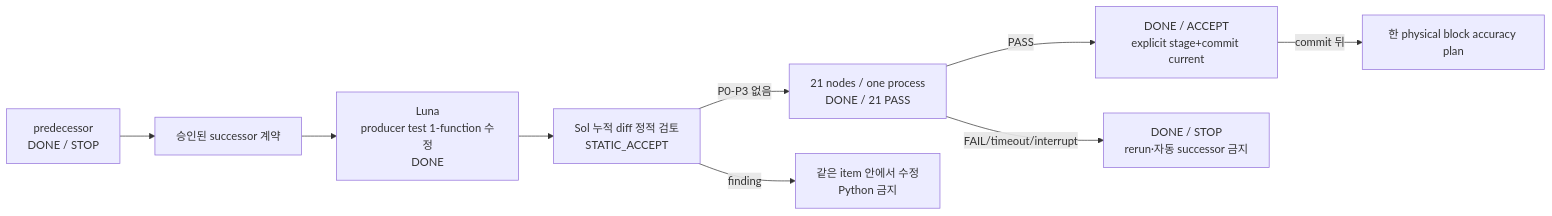
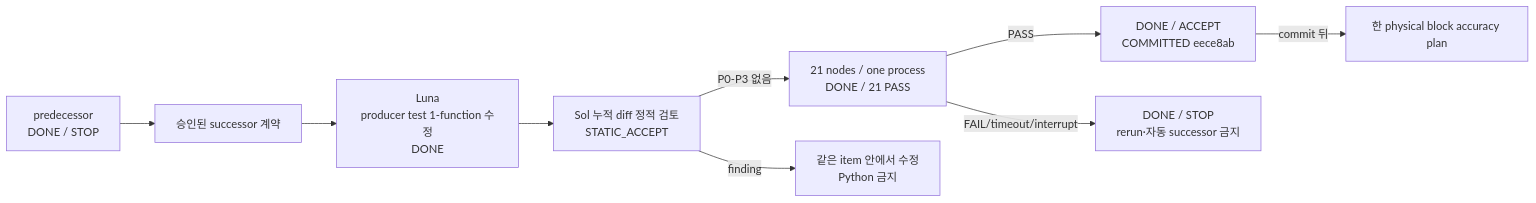
One commit to yunhyok/spd-decap-pi-evaluator changed the diagram in docs/WORK_EXECUTION_BASELINE.md. Above: the diagram before and after it, drawn with Mermaid. The commit also changed other lines of this file and 2 other files, not shown here.

````diff
--- a/docs/WORK_EXECUTION_BASELINE.md
+++ b/docs/WORK_EXECUTION_BASELINE.md
@@ -27,11 +29,11 @@
 ```mermaid
 flowchart LR
     P["predecessor<br/>DONE / STOP"] --> C["승인된 successor 계약"]
     C --> L["Luna<br/>producer test 1-function 수정<br/>DONE"]
     L --> S["Sol 누적 diff 정적 검토<br/>STATIC_ACCEPT"]
     S -->|P0-P3 없음| T["21 nodes / one process<br/>DONE / 21 PASS"]
     S -->|finding| F["같은 item 안에서 수정<br/>Python 금지"]
-    T -->|PASS| A["DONE / ACCEPT<br/>explicit stage+commit current"]
+    T -->|PASS| A["DONE / ACCEPT<br/>COMMITTED eece8ab"]
     T -->|FAIL/timeout/interrupt| X["DONE / STOP<br/>rerun·자동 successor 금지"]
     A -->|commit 뒤| ACC["한 physical block accuracy plan"]
 ```
````
